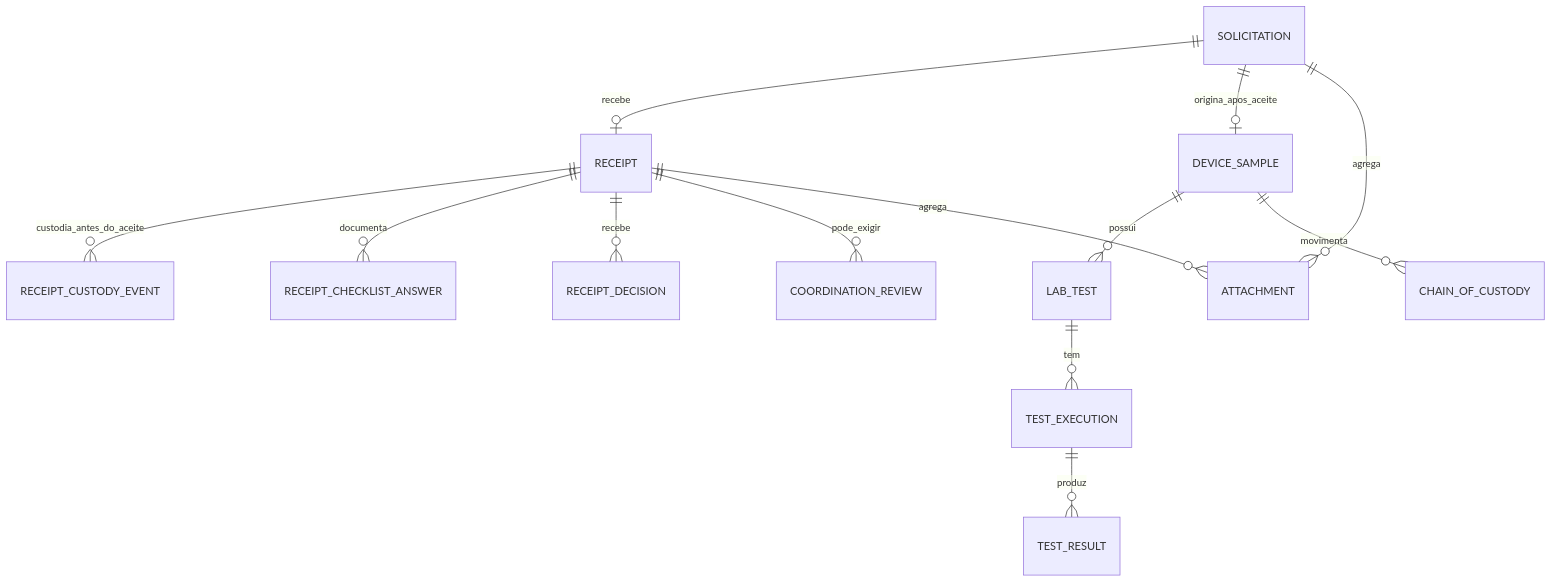
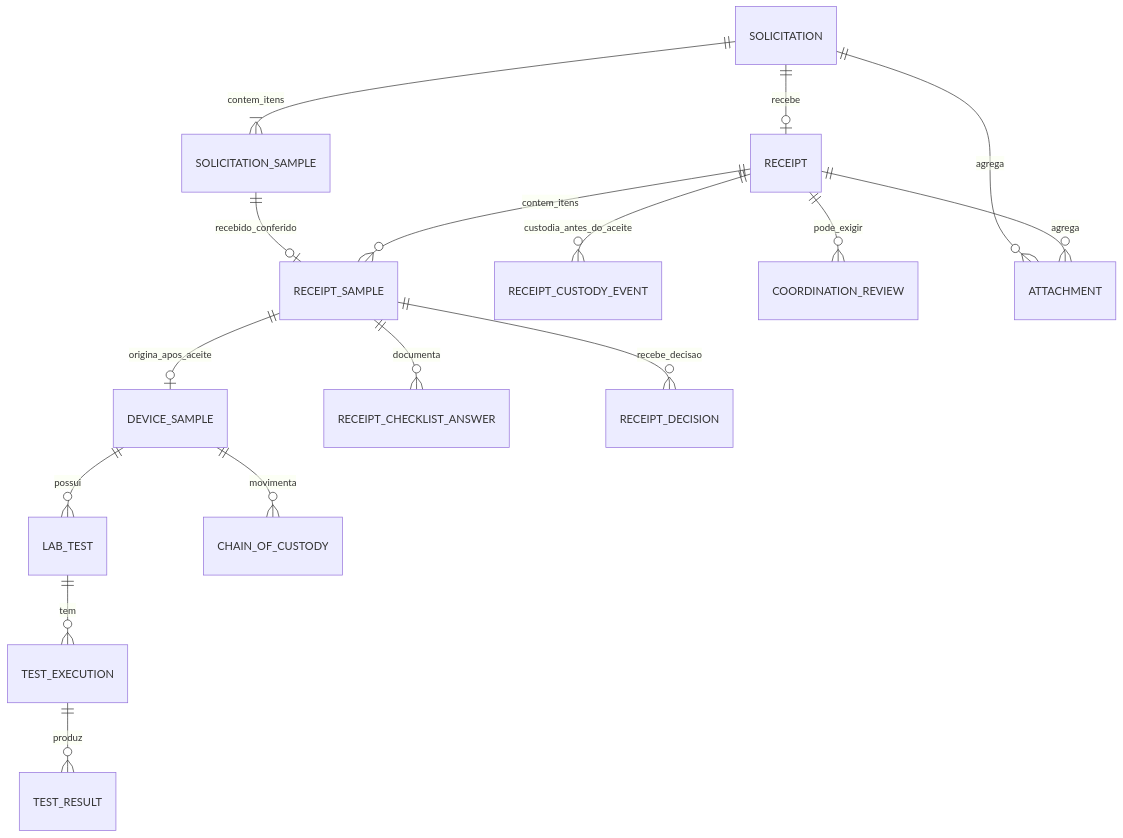
Before and after one commit to keyzermoura/LIMS: the diagram in docs/ETAPA_1_DESENHO_TECNICO_SOLICITACAO_RECEBIMENTO.md, drawn with Mermaid. The commit also changed other lines of this file, not shown here.

````diff
--- a/docs/ETAPA_1_DESENHO_TECNICO_SOLICITACAO_RECEBIMENTO.md
+++ b/docs/ETAPA_1_DESENHO_TECNICO_SOLICITACAO_RECEBIMENTO.md
@@ -542,15 +544,18 @@
 ```mermaid
 erDiagram
     SOLICITATION ||--o| RECEIPT : recebe
-    SOLICITATION ||--o| DEVICE_SAMPLE : origina_apos_aceite
+    SOLICITATION ||--|{ SOLICITATION_SAMPLE : contem_itens
+    SOLICITATION_SAMPLE ||--o| RECEIPT_SAMPLE : recebido_conferido
+    RECEIPT_SAMPLE ||--o| DEVICE_SAMPLE : origina_apos_aceite
     RECEIPT ||--o{ RECEIPT_CUSTODY_EVENT : custodia_antes_do_aceite
     DEVICE_SAMPLE ||--o{ LAB_TEST : possui
     LAB_TEST ||--o{ TEST_EXECUTION : tem
     TEST_EXECUTION ||--o{ TEST_RESULT : produz
-    RECEIPT ||--o{ RECEIPT_CHECKLIST_ANSWER : documenta
-    RECEIPT ||--o{ RECEIPT_DECISION : recebe
+    RECEIPT ||--o{ RECEIPT_SAMPLE : contem_itens
+    RECEIPT_SAMPLE ||--o{ RECEIPT_CHECKLIST_ANSWER : documenta
+    RECEIPT_SAMPLE ||--o{ RECEIPT_DECISION : recebe_decisao
     RECEIPT ||--o{ COORDINATION_REVIEW : pode_exigir
     SOLICITATION ||--o{ ATTACHMENT : agrega
     RECEIPT ||--o{ ATTACHMENT : agrega
     DEVICE_SAMPLE ||--o{ CHAIN_OF_CUSTODY : movimenta
 ```
````
